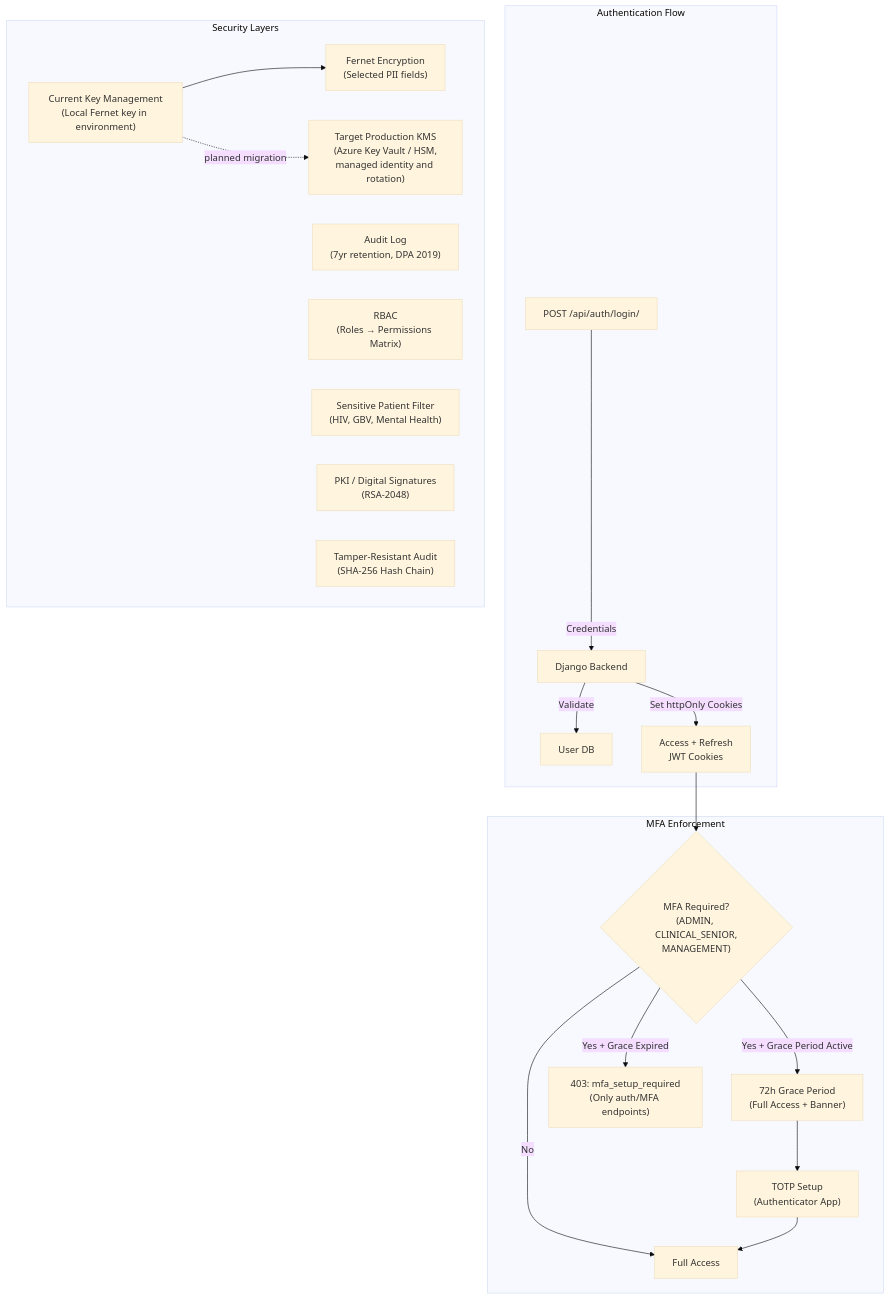
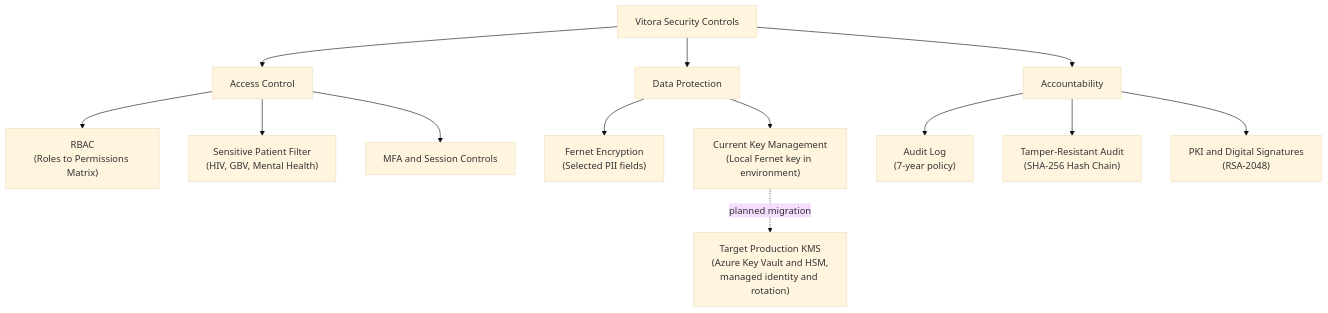
Before and after one commit to nexora-africa-ltd/vitora: the eighth of 20 diagrams in docs/architecture-diagrams.md, drawn with Mermaid (base theme). The commit also changed other lines of this file and 1 other file, not shown here.

First line of the commit message:
feat(infra): provision web Front Door and update architecture

````diff
--- a/docs/architecture-diagrams.md
+++ b/docs/architecture-diagrams.md
@@ -270,33 +296,19 @@
 ```mermaid
 graph TB
-    subgraph Auth["Authentication Flow"]
-        LOGIN["POST /api/auth/login/"]
-        LOGIN -->|"Credentials"| BACKEND["Django Backend"]
-        BACKEND -->|"Validate"| DB["User DB"]
-        BACKEND -->|"Set httpOnly Cookies"| COOKIES["Access + Refresh<br/>JWT Cookies"]
-    end
+    SECURITY["Vitora Security Controls"]
 
-    subgraph MFA["MFA Enforcement"]
-        MFA_CHECK{"MFA Required?<br/>(ADMIN, CLINICAL_SENIOR,<br/>MANAGEMENT)"}
-        MFA_CHECK -->|"Yes + Grace Period Active"| GRACE["72h Grace Period<br/>(Full Access + Banner)"]
-        MFA_CHECK -->|"Yes + Grace Expired"| BLOCK["403: mfa_setup_required<br/>(Only auth/MFA endpoints)"]
-        MFA_CHECK -->|"No"| PASS["Full Access"]
-        GRACE --> TOTP["TOTP Setup<br/>(Authenticator App)"]
-        TOTP --> PASS
-    end
+    SECURITY --> ACCESS["Access Control"]
+    ACCESS --> RBAC["RBAC<br/>(Roles to Permissions Matrix)"]
+    ACCESS --> SENSITIVE["Sensitive Patient Filter<br/>(HIV, GBV, Mental Health)"]
+    ACCESS --> MFA["MFA and Session Controls"]
 
-    subgraph Security["Security Layers"]
-        FERNET["Fernet Encryption<br/>(Selected PII fields)"]
-        KMS_CURRENT["Current Key Management<br/>(Local Fernet key in environment)"]
-        KMS_TARGET["Target Production KMS<br/>(Azure Key Vault / HSM,<br/>managed identity and rotation)"]
-        AUDIT["Audit Log<br/>(7yr retention, DPA 2019)"]
-        RBAC["RBAC<br/>(Roles → Permissions Matrix)"]
-        SENSITIVE["Sensitive Patient Filter<br/>(HIV, GBV, Mental Health)"]
-        PKI["PKI / Digital Signatures<br/>(RSA-2048)"]
-        HASHCHAIN["Tamper-Resistant Audit<br/>(SHA-256 Hash Chain)"]
-    end
+    SECURITY --> DATA["Data Protection"]
+    DATA --> FERNET["Fernet Encryption<br/>(Selected PII fields)"]
+    DATA --> KMS_CURRENT["Current Key Management<br/>(Local Fernet key in environment)"]
+    KMS_CURRENT -. "planned migration" .-> KMS_TARGET["Target Production KMS<br/>(Azure Key Vault and HSM,<br/>managed identity and rotation)"]
 
-    COOKIES --> MFA_CHECK
-    KMS_CURRENT --> FERNET
-    KMS_CURRENT -. "planned migration" .-> KMS_TARGET
+    SECURITY --> ACCOUNTABILITY["Accountability"]
+    ACCOUNTABILITY --> AUDIT["Audit Log<br/>(7-year policy)"]
+    ACCOUNTABILITY --> HASHCHAIN["Tamper-Resistant Audit<br/>(SHA-256 Hash Chain)"]
+    ACCOUNTABILITY --> PKI["PKI and Digital Signatures<br/>(RSA-2048)"]
 ```
````
